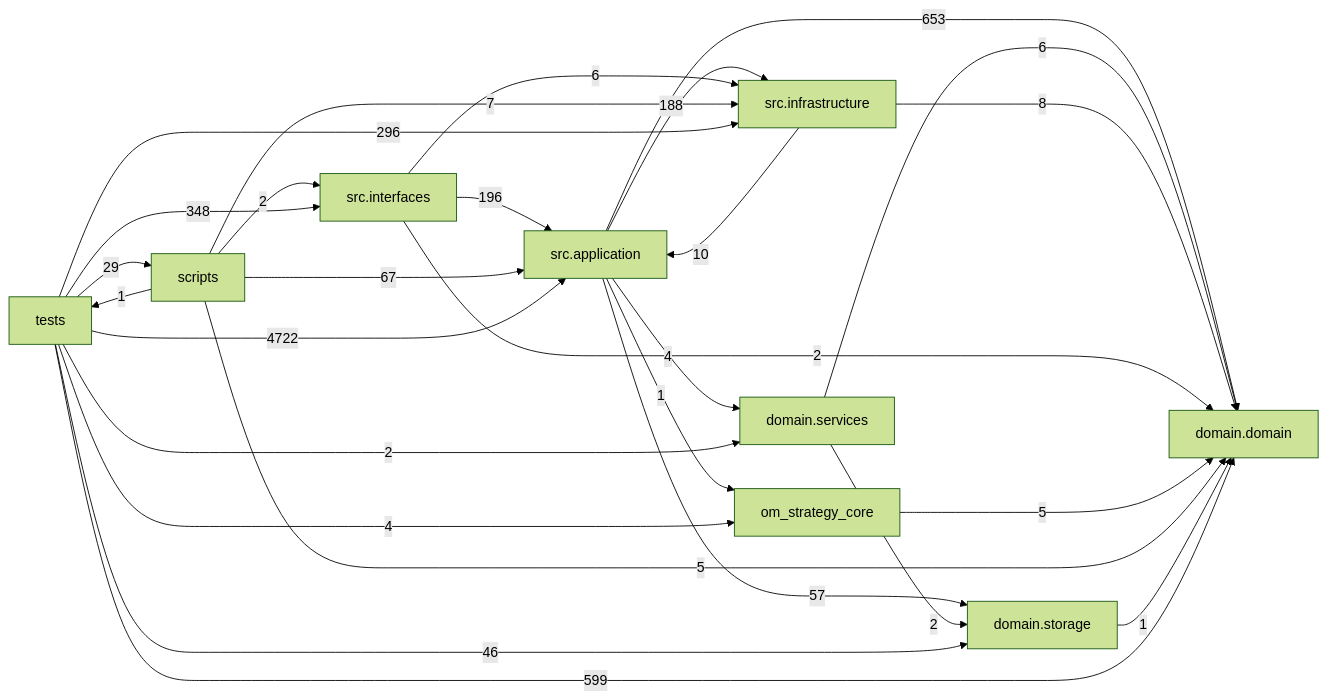
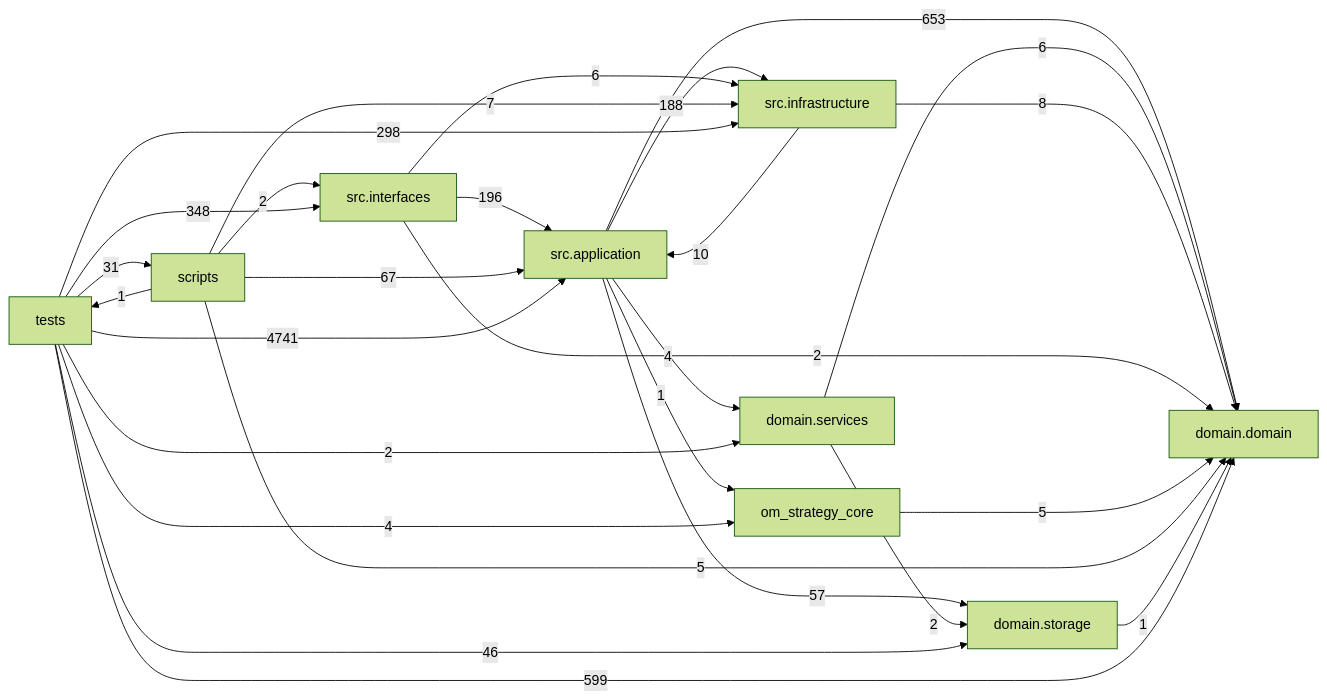
The diagram in docs/DEPENDENCY_GRAPH.md (liuxie066/options-monitor), drawn with Mermaid (forest theme) before and after one commit. The commit also changed other lines of this file and 6 other files, not shown here.

````diff
--- a/docs/DEPENDENCY_GRAPH.md
+++ b/docs/DEPENDENCY_GRAPH.md
@@ -24,38 +24,38 @@
 ```mermaid
 flowchart LR
   tests["tests"]
   scripts["scripts"]
   interfaces["src.interfaces"]
   application["src.application"]
   infrastructure["src.infrastructure"]
   domain_services["domain.services"]
   domain["domain.domain"]
   storage["domain.storage"]
   application -->|653| domain
   application -->|4| domain_services
   application -->|188| infrastructure
   application -->|1| om_strategy_core
   application -->|57| storage
   domain_services -->|6| domain
   domain_services -->|2| storage
   infrastructure -->|10| application
   infrastructure -->|8| domain
   interfaces -->|196| application
   interfaces -->|2| domain
   interfaces -->|6| infrastructure
   om_strategy_core -->|5| domain
   scripts -->|67| application
   scripts -->|5| domain
   scripts -->|7| infrastructure
   scripts -->|2| interfaces
   scripts -->|1| tests
   storage -->|1| domain
-  tests -->|4722| application
+  tests -->|4741| application
   tests -->|599| domain
   tests -->|2| domain_services
-  tests -->|296| infrastructure
+  tests -->|298| infrastructure
   tests -->|348| interfaces
   tests -->|4| om_strategy_core
-  tests -->|29| scripts
+  tests -->|31| scripts
   tests -->|46| storage
 ```
````
